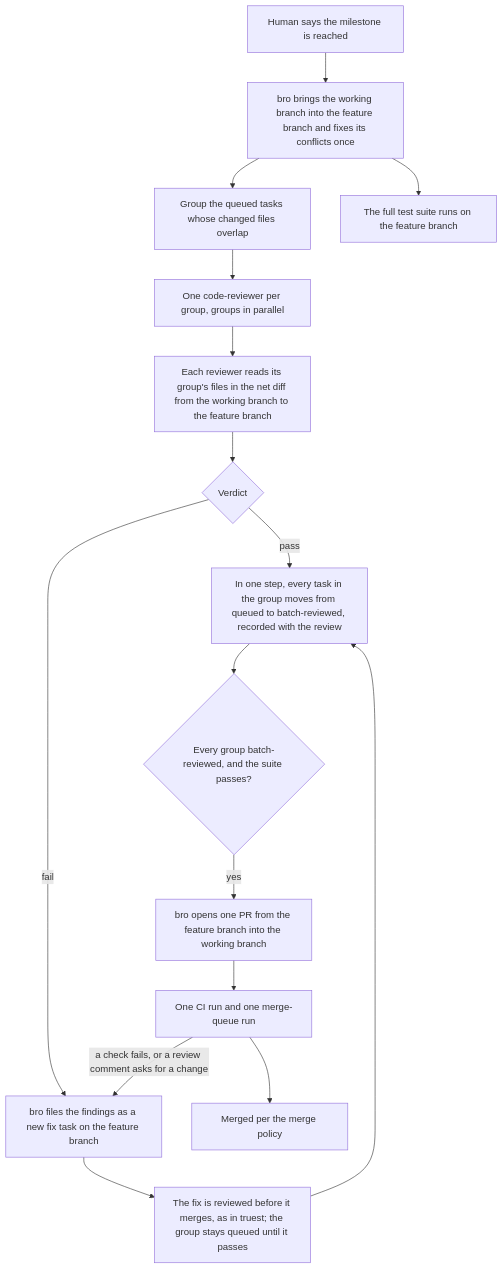
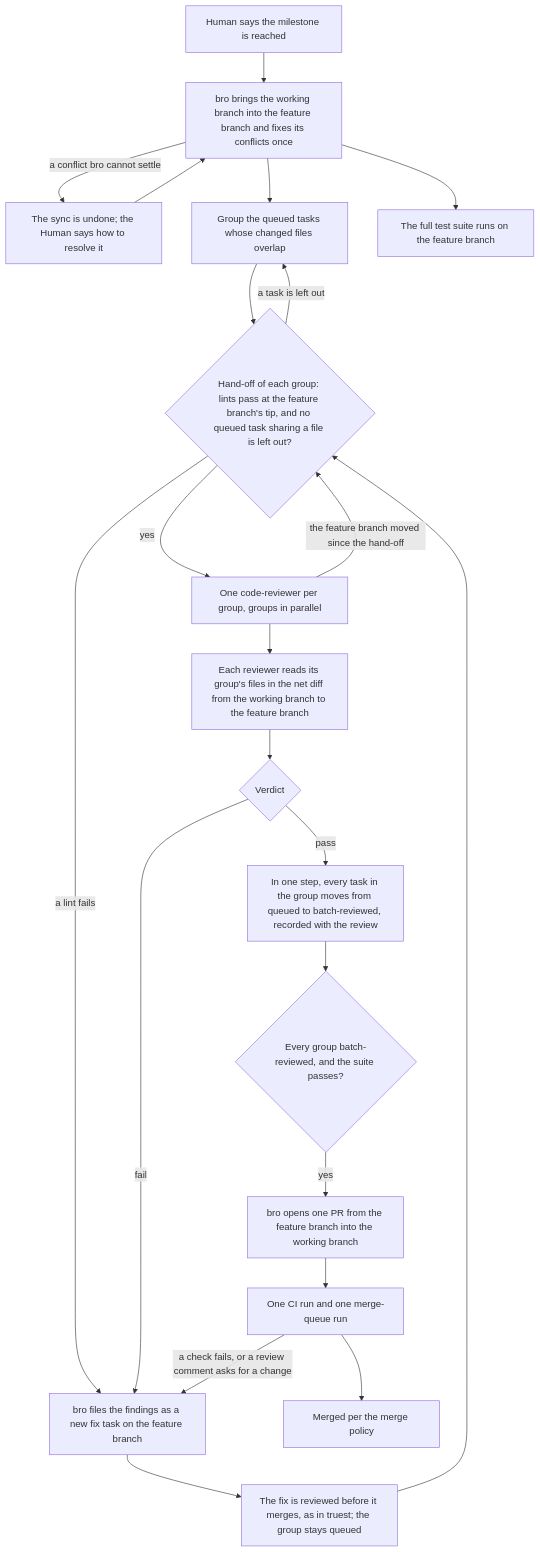
Before and after one commit to trustmybot/plugin: the sixth of 8 diagrams in docs/architecture/AGILE.md, drawn with Mermaid. The commit also changed other lines of this file and 2 other files, not shown here.

First line of the commit message:
📝 docs(agile): fill the edge cases of the agile flow (GH 2225)

````diff
--- a/docs/architecture/AGILE.md
+++ b/docs/architecture/AGILE.md
@@ -142,18 +143,24 @@
 ```mermaid
 flowchart TD
     A[Human says the milestone is reached] --> B[bro brings the working branch into the feature branch and fixes its conflicts once]
+    B -- a conflict bro cannot settle --> BH[The sync is undone; the Human says how to resolve it]
+    BH --> B
     B --> C[Group the queued tasks whose changed files overlap]
-    C --> D[One code-reviewer per group, groups in parallel]
+    C --> HO{Hand-off of each group: lints pass at the feature branch's tip, and no queued task sharing a file is left out?}
+    HO -- a task is left out --> C
+    HO -- a lint fails --> H
+    HO -- yes --> D[One code-reviewer per group, groups in parallel]
+    D -- the feature branch moved since the hand-off --> HO
     D --> E[Each reviewer reads its group's files in the net diff from the working branch to the feature branch]
     B --> S[The full test suite runs on the feature branch]
     E --> F{Verdict}
     F -- pass --> G[In one step, every task in the group moves from queued to batch-reviewed, recorded with the review]
     F -- fail --> H[bro files the findings as a new fix task on the feature branch]
-    H --> I[The fix is reviewed before it merges, as in truest; the group stays queued until it passes]
-    I --> G
+    H --> I[The fix is reviewed before it merges, as in truest; the group stays queued]
+    I --> HO
     G --> M{Every group batch-reviewed, and the suite passes?}
     M -- yes --> P[bro opens one PR from the feature branch into the working branch]
     P --> CI[One CI run and one merge-queue run]
     CI --> MG[Merged per the merge policy]
     CI -- a check fails, or a review comment asks for a change --> H
 ```
````
